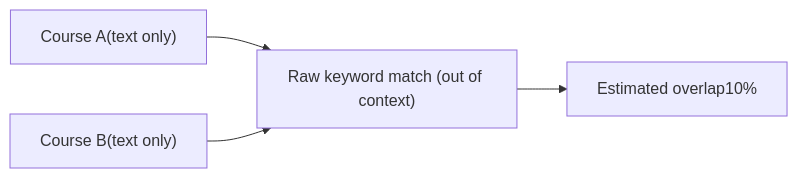
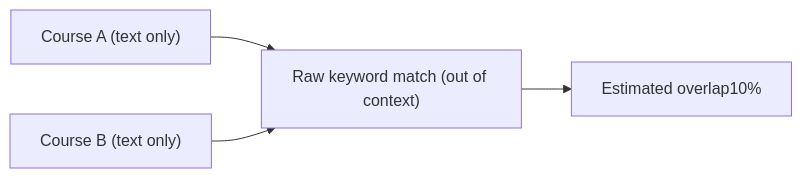
Before and after one commit to leskneebone/skills-SPARQL: the first of 18 diagrams in reports/creditTransfer.md, drawn with Mermaid. The commit also changed other lines of this file, not shown here.

````diff
--- a/reports/creditTransfer.md
+++ b/reports/creditTransfer.md
@@ -5,6 +5,6 @@
 ```mermaid
 flowchart LR
-  A["Course A(text only)"] --> M["Raw keyword match (out of context)"]
-  B["Course B(text only)"] --> M
+  A["Course A (text only)"] --> M["Raw keyword match (out of context)"]
+  B["Course B (text only)"] --> M
   M --> O["Estimated overlap10%"]
 ```
````
